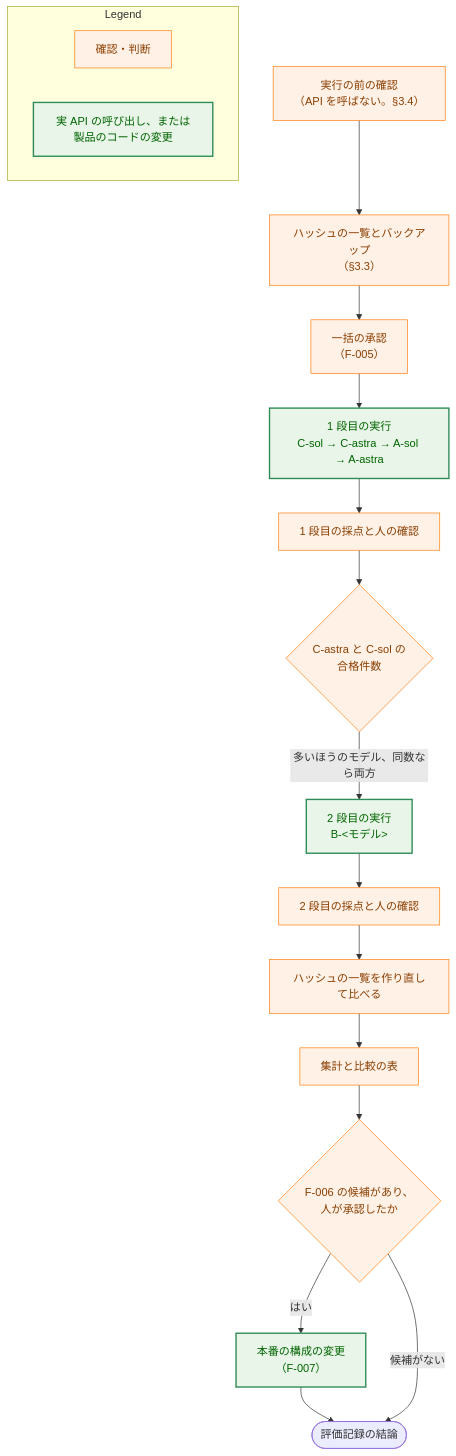
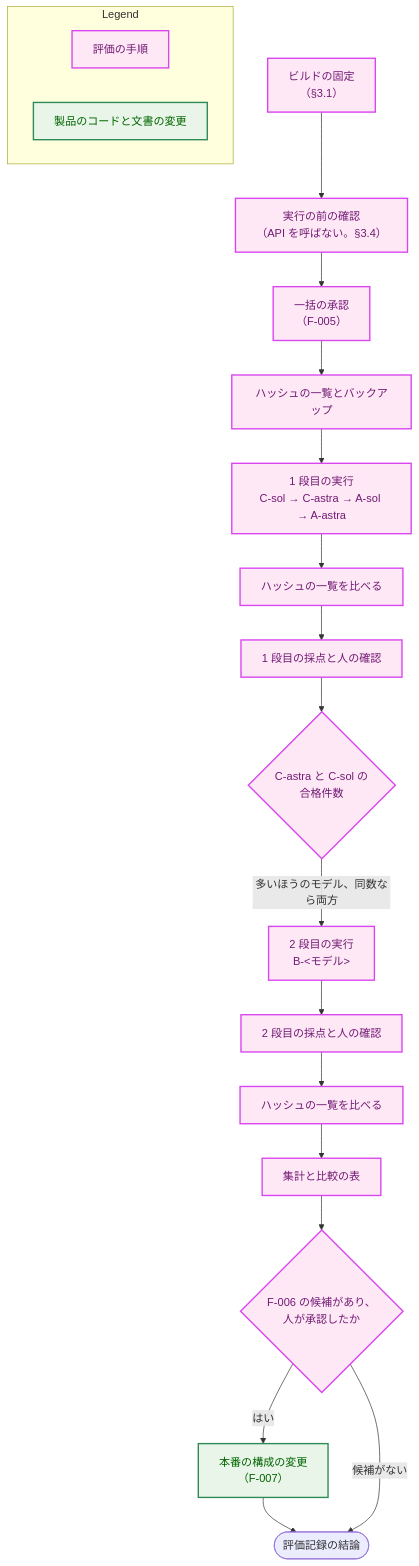
Before and after one commit to isseis/yt2column: the sixth of 6 diagrams in docs/tasks/0087_openai_combination_eval/02_architecture.md, drawn with Mermaid. The commit also changed other lines of this file, not shown here.

First line of the commit message:
docs(0087): address the architecture review and the prose pass

````diff
--- a/docs/tasks/0087_openai_combination_eval/02_architecture.md
+++ b/docs/tasks/0087_openai_combination_eval/02_architecture.md
@@ -515,35 +603,37 @@
 ```mermaid
 flowchart TD
-    classDef process fill:#fff1e6,stroke:#ff7f0e,stroke-width:1px,color:#8a3e00;
+    classDef newpkg fill:#ffe8f5,stroke:#d946ef,stroke-width:2px,color:#701a75;
     classDef enhanced fill:#e8f5e8,stroke:#2e8b57,stroke-width:2px,color:#006400;
 
+    PB["ビルドの固定<br>（§3.1）"]
     P0["実行の前の確認<br>（API を呼ばない。§3.4）"]
-    P1["ハッシュの一覧とバックアップ<br>（§3.3）"]
     AP["一括の承認<br>（F-005）"]
+    P1["ハッシュの一覧とバックアップ"]
     S1["1 段目の実行<br>C-sol → C-astra → A-sol → A-astra"]
+    H1["ハッシュの一覧を比べる"]
     SC1["1 段目の採点と人の確認"]
     SEL{"C-astra と C-sol の<br>合格件数"}
     S2["2 段目の実行<br>B-&lt;モデル&gt;"]
     SC2["2 段目の採点と人の確認"]
-    H2["ハッシュの一覧を作り直して比べる"]
+    H2["ハッシュの一覧を比べる"]
     AG["集計と比較の表"]
     DEC{"F-006 の候補があり、<br>人が承認したか"}
     F7["本番の構成の変更<br>（F-007）"]
     END(["評価記録の結論"])
 
-    P0 --> P1 --> AP --> S1 --> SC1 --> SEL
+    PB --> P0 --> AP --> P1 --> S1 --> H1 --> SC1 --> SEL
     SEL -->|"多いほうのモデル、同数なら両方"| S2
     S2 --> SC2 --> H2 --> AG --> DEC
     DEC -->|"はい"| F7 --> END
     DEC -->|"候補がない"| END
 
-    class P0,P1,AP,SC1,SC2,H2,AG,DEC,SEL process
-    class S1,S2,F7 enhanced
+    class PB,P0,AP,P1,S1,H1,SC1,SEL,S2,SC2,H2,AG,DEC newpkg
+    class F7 enhanced
 
     subgraph Legend["Legend"]
-        L1["確認・判断"]
-        L2["実 API の呼び出し、または製品のコードの変更"]
+        L1["評価の手順"]
+        L2["製品のコードと文書の変更"]
     end
-    class L1 process
+    class L1 newpkg
     class L2 enhanced
 ```
````
